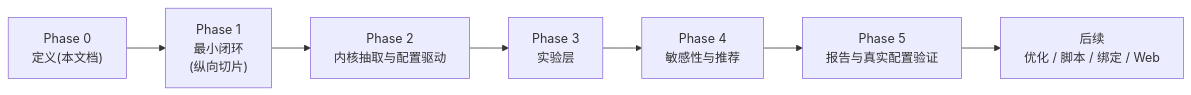
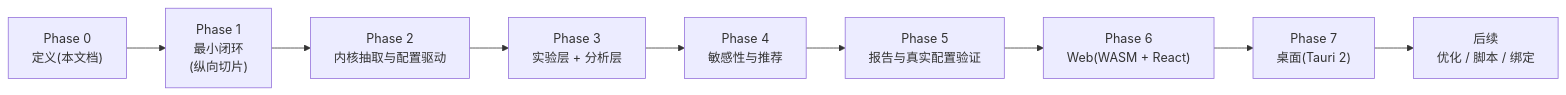
Before and after one commit to cuihairu/sandtable: the diagram in docs/guide/18-roadmap.md, drawn with Mermaid. The commit also changed other lines of this file and 11 other files, not shown here.

First line of the commit message:
docs: 确立三形态整体架构(WASM 一等目标/Tauri 2/DuckDB 分析层/Arrow 契约)

````diff
--- a/docs/guide/18-roadmap.md
+++ b/docs/guide/18-roadmap.md
@@ -17,9 +17,11 @@
 ```mermaid
 flowchart LR
     P0["Phase 0<br>定义(本文档)"] --> P1["Phase 1<br>最小闭环<br>(纵向切片)"]
     P1 --> P2["Phase 2<br>内核抽取与配置驱动"]
-    P2 --> P3["Phase 3<br>实验层"]
+    P2 --> P3["Phase 3<br>实验层 + 分析层"]
     P3 --> P4["Phase 4<br>敏感性与推荐"]
     P4 --> P5["Phase 5<br>报告与真实配置验证"]
-    P5 --> FU["后续<br>优化 / 脚本 / 绑定 / Web"]
+    P5 --> P6["Phase 6<br>Web(WASM + React)"]
+    P6 --> P7["Phase 7<br>桌面(Tauri 2)"]
+    P7 --> FU["后续<br>优化 / 脚本 / 绑定"]
 ```
````
